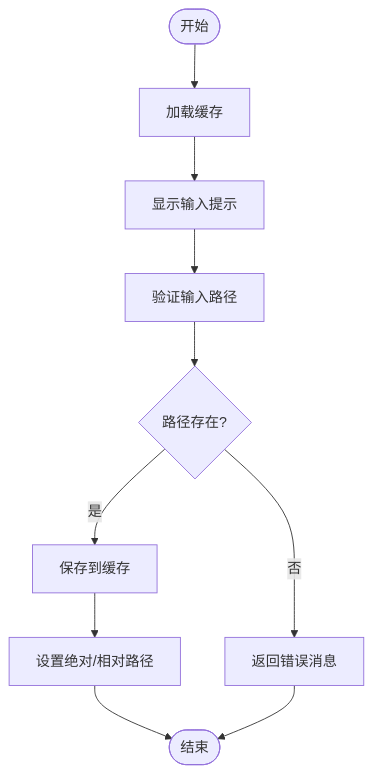
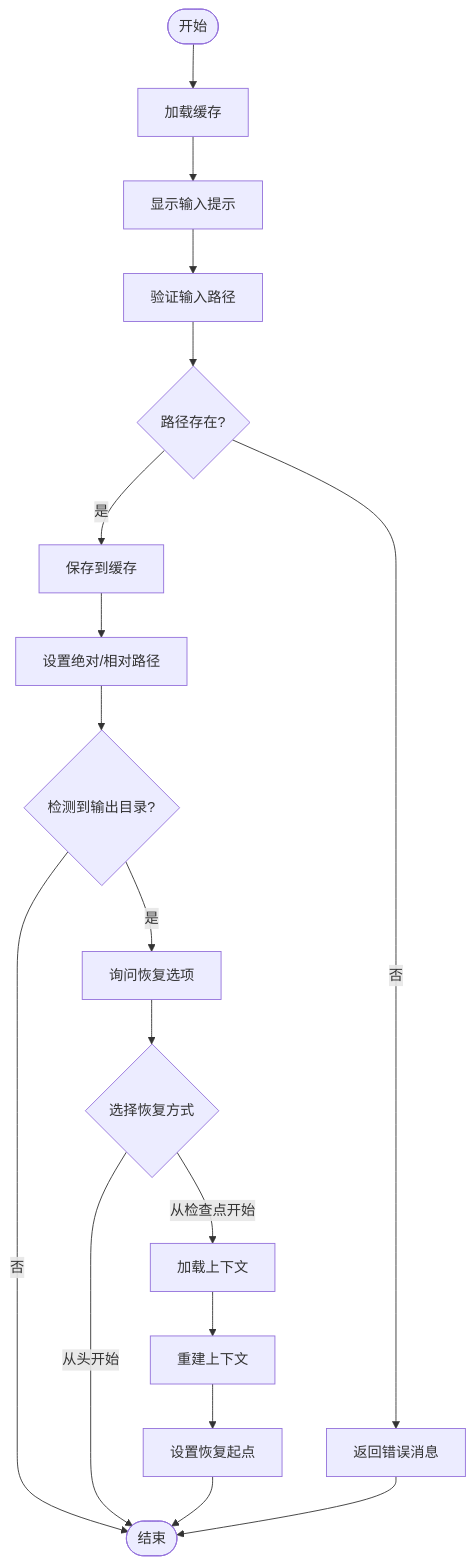
The fifth of 11 diagrams in .qoder/repowiki/zh/content/核心架构设计/上下文管理系统.md (hllshiro/doc2md-cli), drawn with Mermaid before and after one commit. The commit also changed other lines of this file and 3 other files, not shown here.

````diff
--- a/.qoder/repowiki/zh/content/核心架构设计/上下文管理系统.md
+++ b/.qoder/repowiki/zh/content/核心架构设计/上下文管理系统.md
@@ -181,12 +213,20 @@
 ```mermaid
 flowchart TD
 Start([开始]) --> LoadCache["加载缓存"]
 LoadCache --> Prompt["显示输入提示"]
 Prompt --> Validate["验证输入路径"]
 Validate --> PathExists{"路径存在?"}
 PathExists --> |否| Error["返回错误消息"]
 PathExists --> |是| SaveCache["保存到缓存"]
 SaveCache --> SetPaths["设置绝对/相对路径"]
-SetPaths --> End([结束])
+SetPaths --> CheckOutput{"检测到输出目录?"}
+CheckOutput --> |否| End([结束])
+CheckOutput --> |是| AskResume["询问恢复选项"]
+AskResume --> ResumeChoice{"选择恢复方式"}
+ResumeChoice --> |从头开始| End
+ResumeChoice --> |从检查点开始| LoadContext["加载上下文"]
+LoadContext --> RebuildContext["重建上下文"]
+RebuildContext --> SetStartFrom["设置恢复起点"]
+SetStartFrom --> End
 Error --> End
 ```
````
